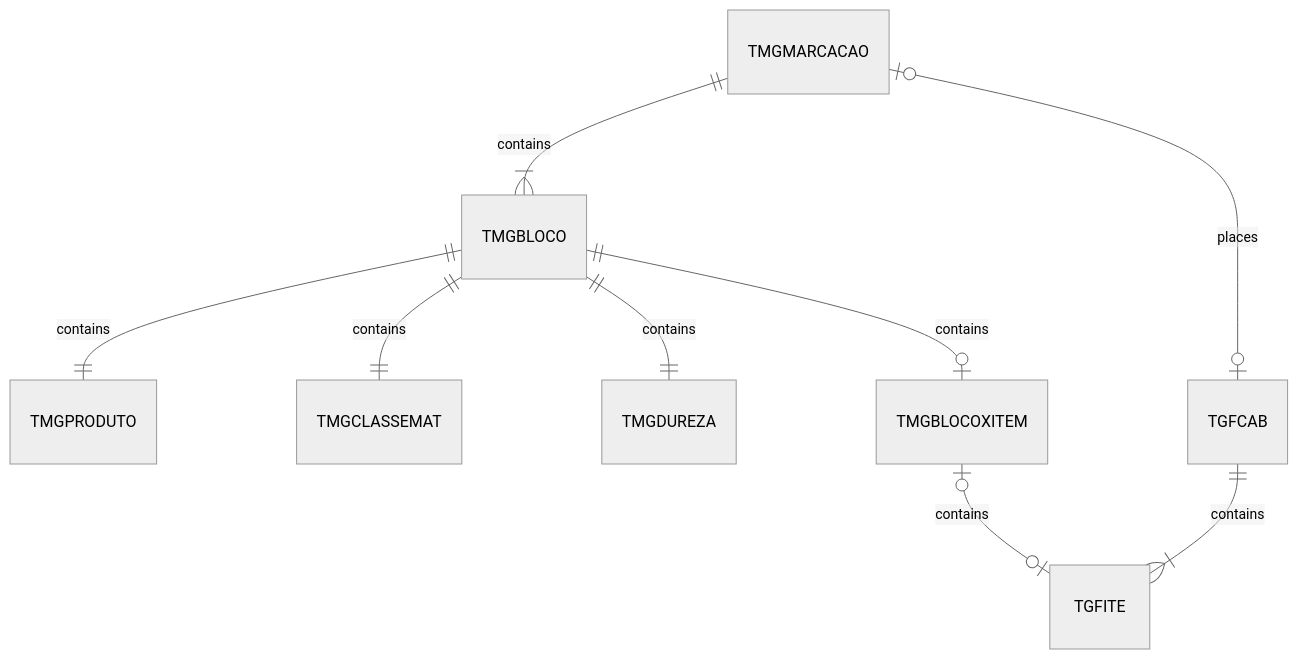
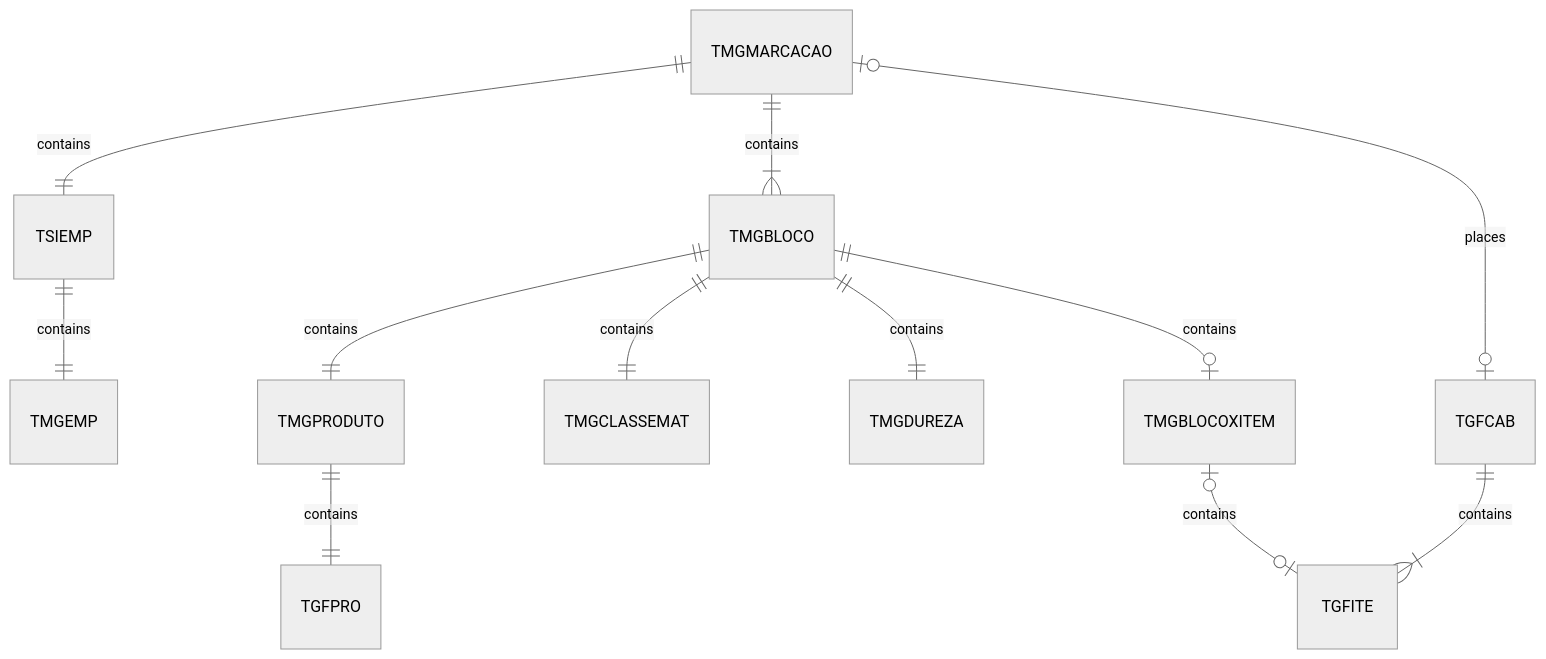
The diagram in docs/_database/index.md (cbmsoft/margrandocs), drawn with Mermaid (neutral theme) before and after one commit. The commit also changed 2 other files, not shown here.

Commit message:
docs: preferencias por empresa e cabecalho marcacao

````diff
--- a/docs/_database/index.md
+++ b/docs/_database/index.md
@@ -25,11 +25,15 @@
 ```mermaid
 erDiagram
+    TMGMARCACAO ||--|| TSIEMP : contains
     TMGMARCACAO ||--|{ TMGBLOCO : contains
     TMGBLOCO ||--|| TMGPRODUTO : contains
     TMGBLOCO ||--|| TMGCLASSEMAT : contains
     TMGBLOCO ||--|| TMGDUREZA : contains
+    TMGPRODUTO ||--|| TGFPRO : contains
     TMGMARCACAO |o--o| TGFCAB : places
     TGFCAB ||--|{ TGFITE : contains
     TMGBLOCO ||--o| TMGBLOCOXITEM : contains
     TMGBLOCOXITEM |o--o| TGFITE : contains
+
+    TSIEMP ||--|| TMGEMP : contains
 ```
````
